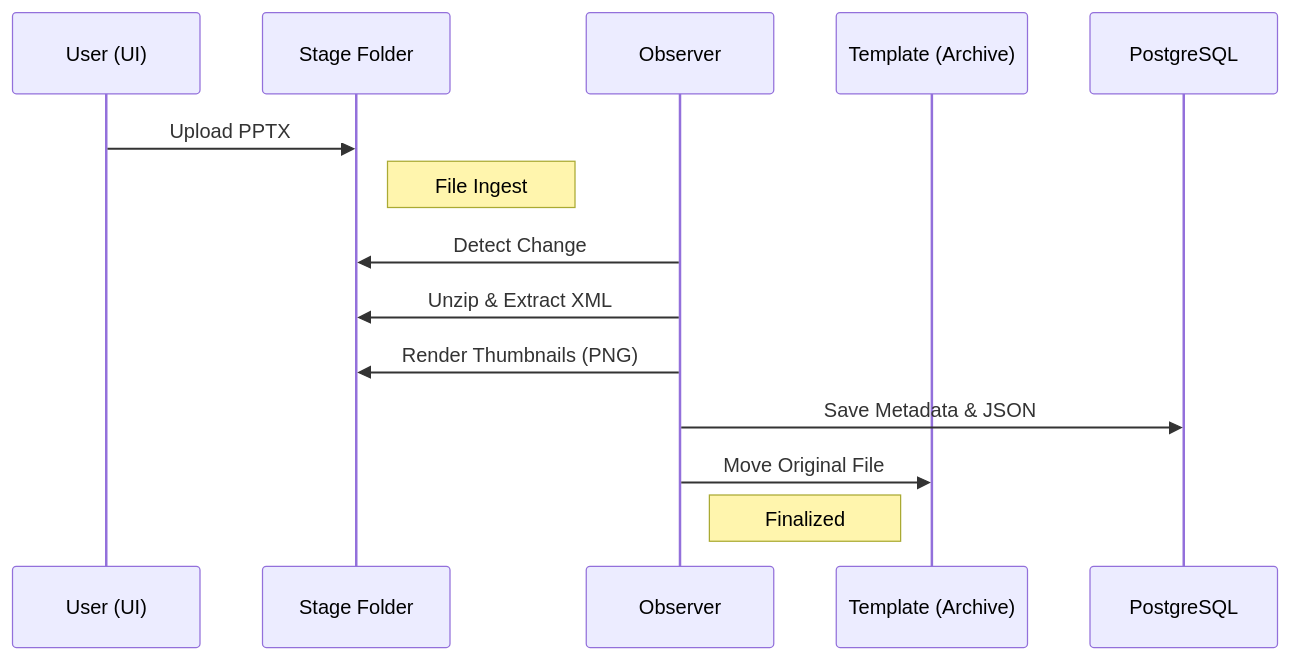
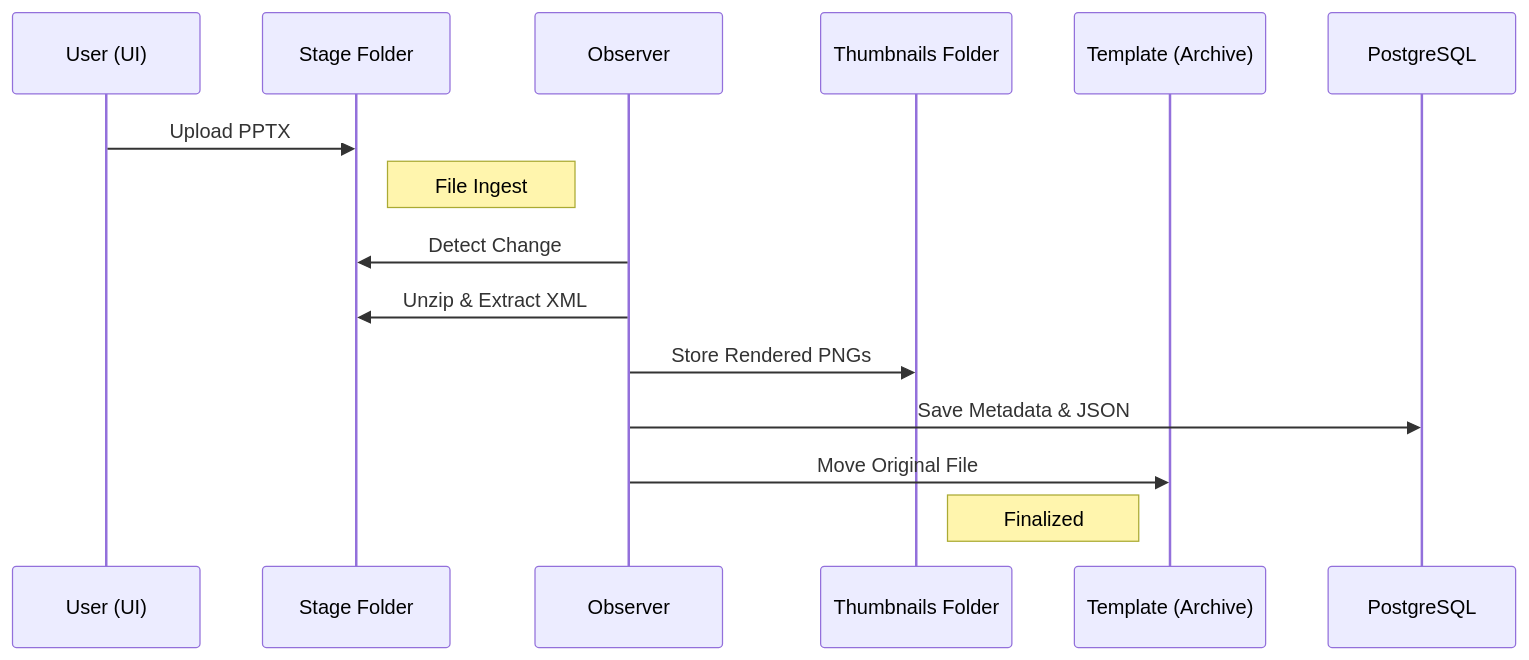
One commit to gnemet/SlideForge changed the first of 2 diagrams in docs/workflow.md. Above: the diagram before and after it, drawn with Mermaid.

Commit message:
Docs: Added Thumbnails Folder to Ingestion Pipeline sequence diagram.
- Explicitly visualized the visual asset persistence layer.
- Added 'TH' participant for Thumbnails storage.
- Mapped PNG rendering to its final storage destination.

````diff
--- a/docs/workflow.md
+++ b/docs/workflow.md
@@ -7,17 +7,18 @@
 ```mermaid
 sequenceDiagram
     participant U as User (UI)
     participant S as Stage Folder
     participant O as Observer
+    participant TH as Thumbnails Folder
     participant T as Template (Archive)
     participant D as PostgreSQL
     
     U->>S: Upload PPTX
     Note right of S: File Ingest
     O->>S: Detect Change
     O->>S: Unzip & Extract XML
-    O->>S: Render Thumbnails (PNG)
+    O->>TH: Store Rendered PNGs
     O->>D: Save Metadata & JSON
     O->>T: Move Original File
     Note left of T: Finalized
 ```
````
